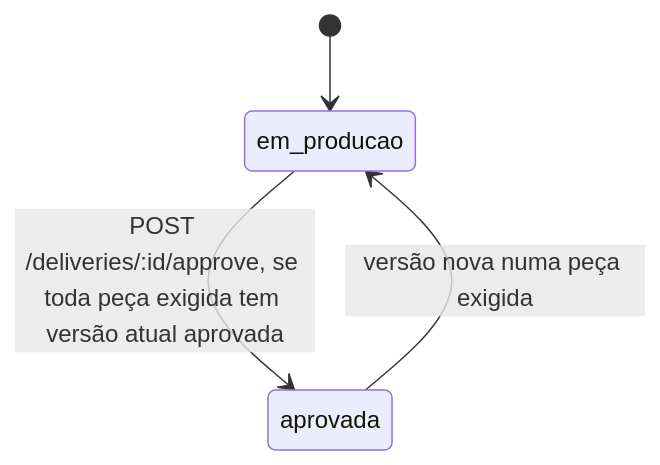
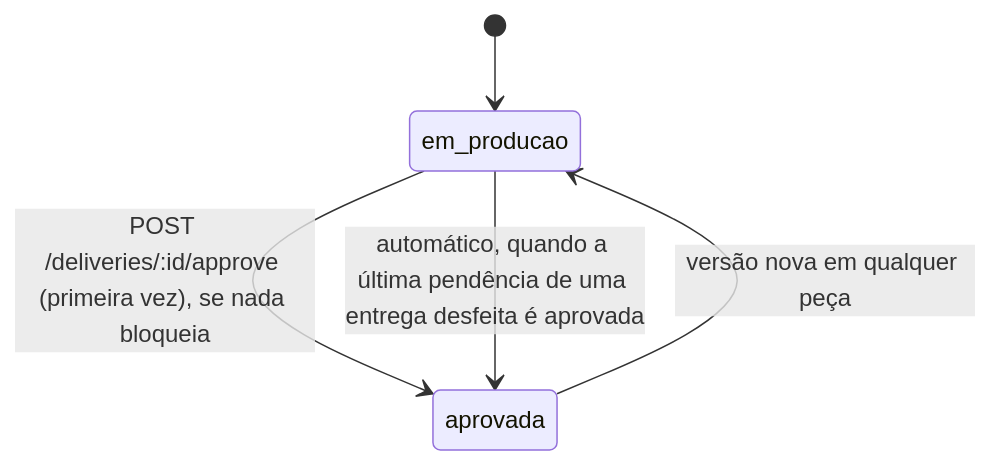
Before and after one commit to pPeterle/conty-challenge-revisao-video: the second of 2 diagrams in README.md, drawn with Mermaid. The commit also changed other lines of this file and 1 other file, not shown here.

````diff
--- a/README.md
+++ b/README.md
@@ -43,6 +44,7 @@
 ```mermaid
 stateDiagram-v2
   [*] --> em_producao
-  em_producao --> aprovada: POST /deliveries/:id/approve, se toda peça exigida tem versão atual aprovada
-  aprovada --> em_producao: versão nova numa peça exigida
+  em_producao --> aprovada: POST /deliveries/:id/approve (primeira vez), se nada bloqueia
+  aprovada --> em_producao: versão nova em qualquer peça
+  em_producao --> aprovada: automático, quando a última pendência de uma entrega desfeita é aprovada
 ```
````
